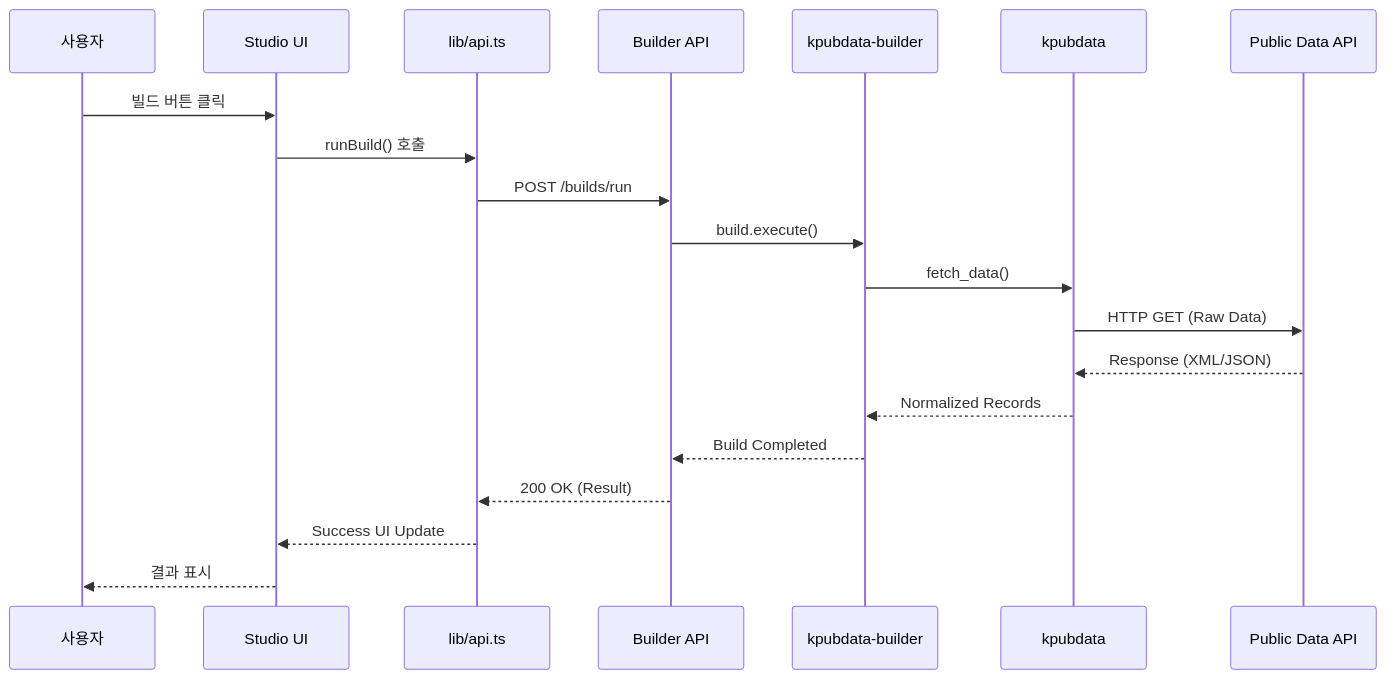
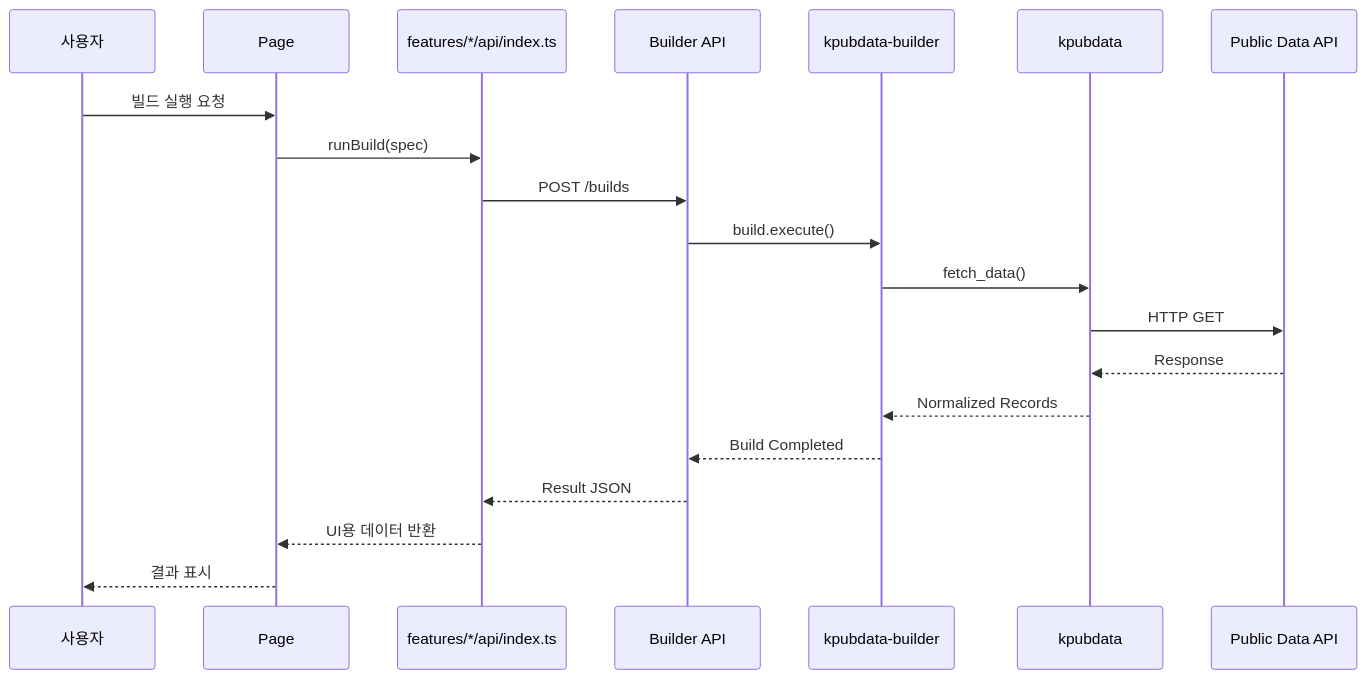
One commit to yeongseon/kpubdata-studio changed the fourth of 5 diagrams in ARCHITECTURE.md. Above: the diagram before and after it, drawn with Mermaid. The commit also changed other lines of this file and 11 other files, not shown here.

First line of the commit message:
docs: update all documentation for Vite + React SPA architecture (closes #25)

````diff
--- a/ARCHITECTURE.md
+++ b/ARCHITECTURE.md
@@ -83,23 +122,23 @@
 ```mermaid
 sequenceDiagram
     participant User as 사용자
-    participant Studio as Studio UI
-    participant API as lib/api.ts
+    participant Page as Page
+    participant FeatureAPI as features/*/api/index.ts
     participant BAPI as Builder API
     participant Engine as kpubdata-builder
     participant Core as kpubdata
     participant Pub as Public Data API
 
-    User->>Studio: 빌드 버튼 클릭
-    Studio->>API: runBuild() 호출
-    API->>BAPI: POST /builds/run
+    User->>Page: 빌드 실행 요청
+    Page->>FeatureAPI: runBuild(spec)
+    FeatureAPI->>BAPI: POST /builds
     BAPI->>Engine: build.execute()
     Engine->>Core: fetch_data()
-    Core->>Pub: HTTP GET (Raw Data)
-    Pub-->>Core: Response (XML/JSON)
+    Core->>Pub: HTTP GET
+    Pub-->>Core: Response
     Core-->>Engine: Normalized Records
     Engine-->>BAPI: Build Completed
-    BAPI-->>API: 200 OK (Result)
-    API-->>Studio: Success UI Update
-    Studio-->>User: 결과 표시
+    BAPI-->>FeatureAPI: Result JSON
+    FeatureAPI-->>Page: UI용 데이터 반환
+    Page-->>User: 결과 표시
 ```
````
